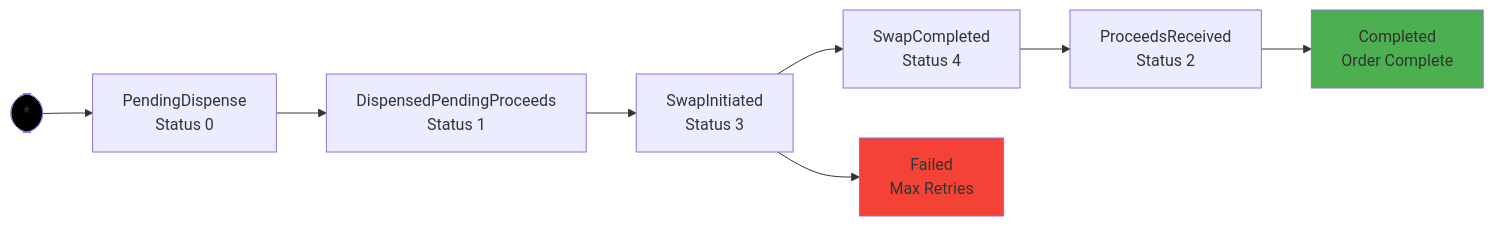
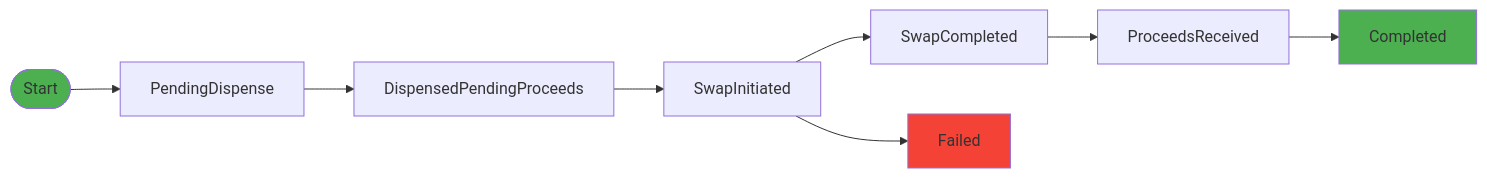
The third of 3 diagrams in agi-solver-architecture.md (Semantic-Layer/svf-42-agi-solver), drawn with Mermaid before and after one commit.

Commit message:
fix: fix order status flow diagrams

````diff
--- a/agi-solver-architecture.md
+++ b/agi-solver-architecture.md
@@ -134,14 +134,14 @@
 ```mermaid
 graph LR
-    Start([*]) --> PendingDispense[PendingDispense<br/>Status 0]
-    PendingDispense --> DispensedPendingProceeds[DispensedPendingProceeds<br/>Status 1]
-    DispensedPendingProceeds --> SwapInitiated[SwapInitiated<br/>Status 3]
-    SwapInitiated --> SwapCompleted[SwapCompleted<br/>Status 4]
-    SwapInitiated --> Failed[Failed<br/>Max Retries]
-    SwapCompleted --> ProceedsReceived[ProceedsReceived<br/>Status 2]
-    ProceedsReceived --> Completed[Completed<br/>Order Complete]
+    Start([Start]) --> PendingDispense[PendingDispense]
+    PendingDispense --> DispensedPendingProceeds[DispensedPendingProceeds]
+    DispensedPendingProceeds --> SwapInitiated[SwapInitiated]
+    SwapInitiated --> SwapCompleted[SwapCompleted]
+    SwapInitiated --> Failed[Failed]
+    SwapCompleted --> ProceedsReceived[ProceedsReceived]
+    ProceedsReceived --> Completed[Completed]
 
-    style Start fill:#000
+    style Start fill:#4CAF50
     style Completed fill:#4CAF50
     style Failed fill:#f44336
 ```
````
